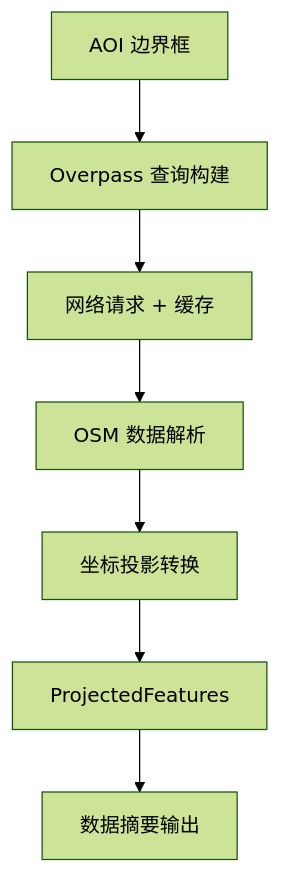
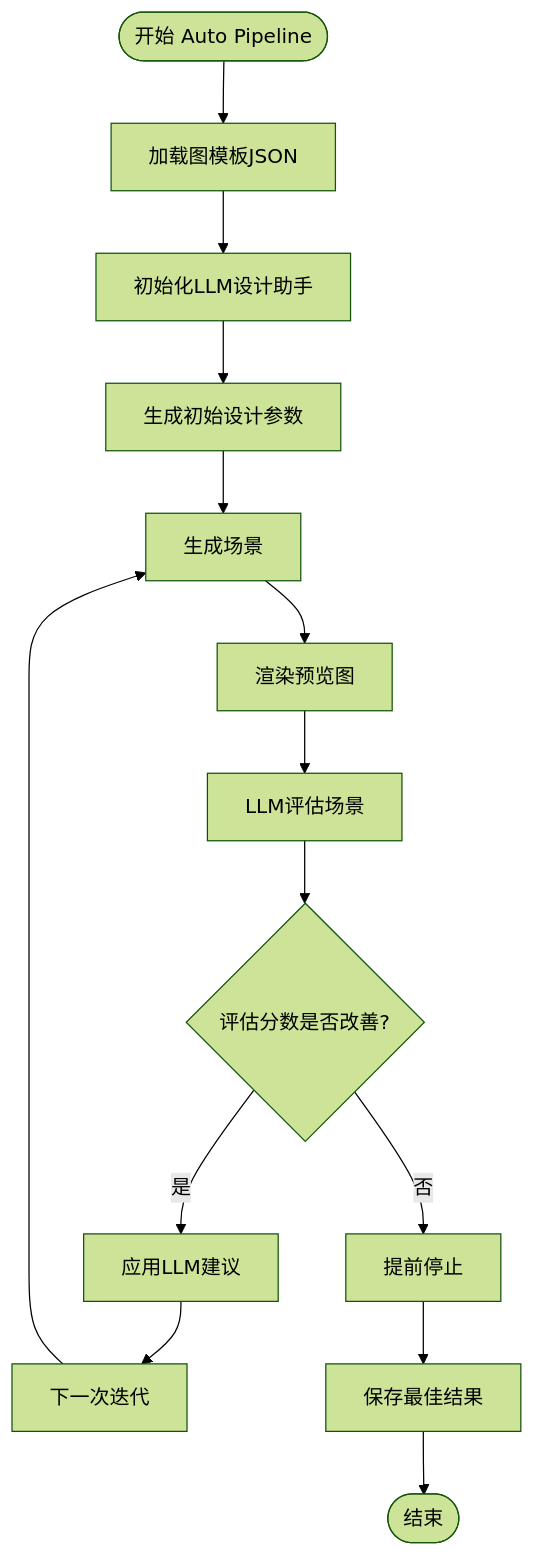
Before and after one commit to wsqstar/RoadGen3D: the ninth of 19 diagrams in .qoder/repowiki/zh/content/系统架构/系统架构.md, drawn with Mermaid (forest theme). The commit also changed other lines of this file and 8 other files, not shown here.

First line of the commit message:
feat(docs): update architecture docs with Auto Scene Pipeline and API details

````diff
--- a/.qoder/repowiki/zh/content/系统架构/系统架构.md
+++ b/.qoder/repowiki/zh/content/系统架构/系统架构.md
@@ -411,9 +463,16 @@
 ```mermaid
 flowchart TD
-BBOX["AOI 边界框"] --> Query["Overpass 查询构建"]
-Query --> Fetch["网络请求 + 缓存"]
-Fetch --> Parse["OSM 数据解析"]
-Parse --> Project["坐标投影转换"]
-Project --> Features["ProjectedFeatures"]
-Features --> Summary["数据摘要输出"]
+Start(["开始 Auto Pipeline"]) --> LoadGraph["加载图模板JSON"]
+LoadGraph --> InitLLM["初始化LLM设计助手"]
+InitLLM --> GenInit["生成初始设计参数"]
+GenInit --> GenScene["生成场景"]
+GenScene --> RenderPreview["渲染预览图"]
+RenderPreview --> EvalLLM["LLM评估场景"]
+EvalLLM --> CheckScore{"评估分数是否改善?"}
+CheckScore --> |是| ApplySugg["应用LLM建议"]
+CheckScore --> |否| EarlyStop["提前停止"]
+ApplySugg --> NextIter["下一次迭代"]
+NextIter --> GenScene
+EarlyStop --> SaveBest["保存最佳结果"]
+SaveBest --> End(["结束"])
 ```
````
